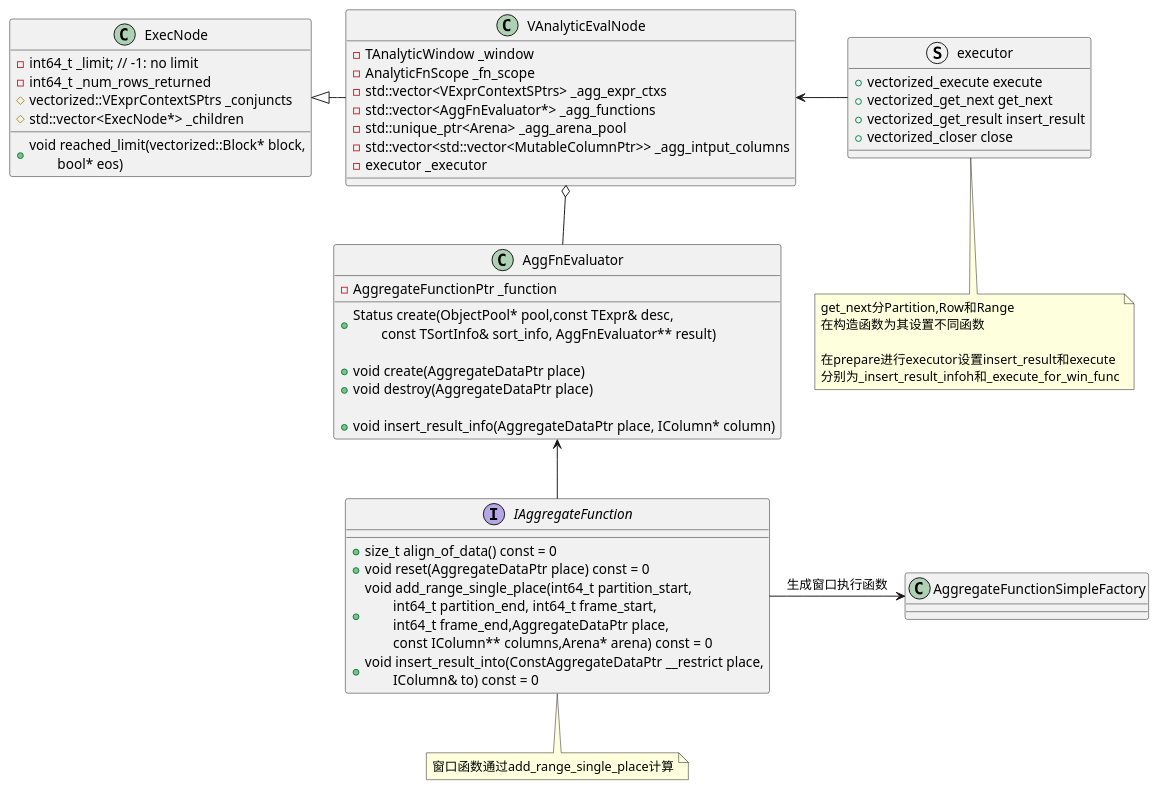
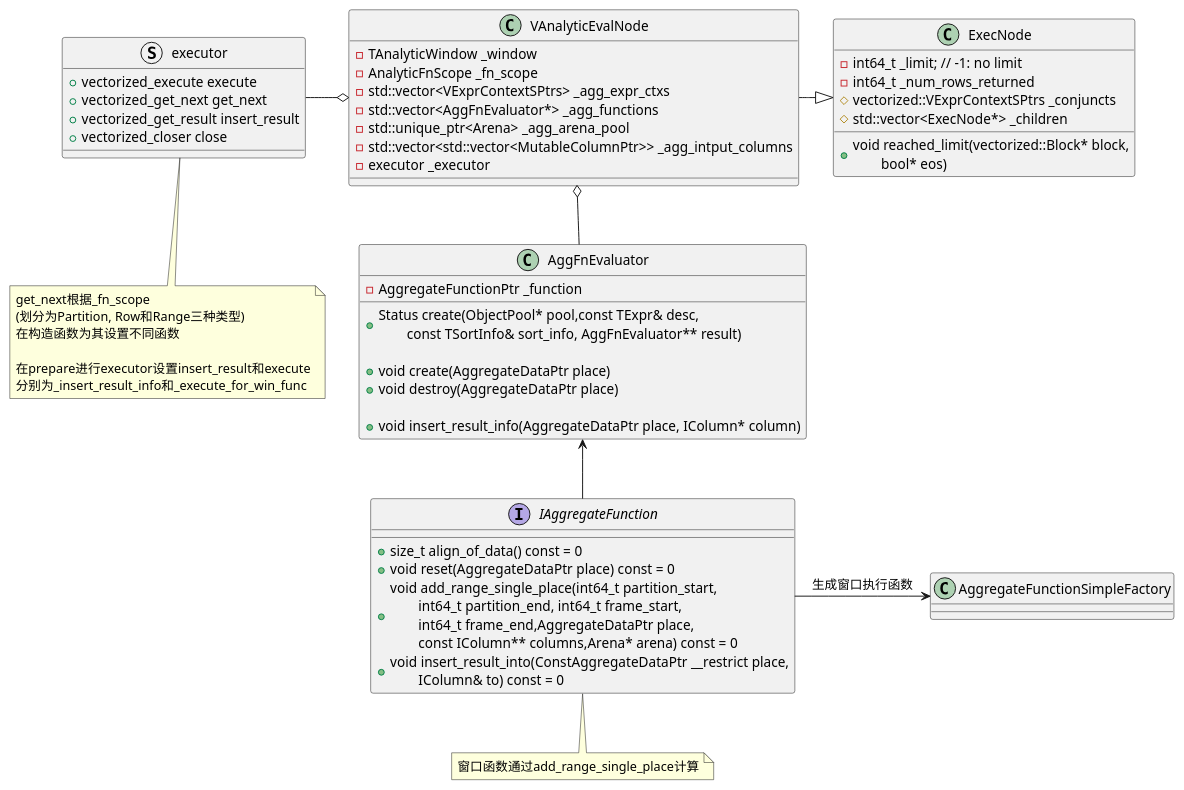
One commit to DepInjoy/geektime changed the second of 8 diagrams in doc/DB/Doris/SourceRead/11_04_Exec_Operator.md. Above: the diagram before and after it, drawn with PlantUML. The commit also changed other lines of this file and 2 other files, not shown here.

````diff
--- a/doc/DB/Doris/SourceRead/11_04_Exec_Operator.md
+++ b/doc/DB/Doris/SourceRead/11_04_Exec_Operator.md
@@ -82,56 +84,56 @@
 ```plantuml
 @startuml
 class VAnalyticEvalNode {
     - TAnalyticWindow _window
     - AnalyticFnScope _fn_scope
     - std::vector<VExprContextSPtrs> _agg_expr_ctxs
     - std::vector<AggFnEvaluator*> _agg_functions
     - std::unique_ptr<Arena> _agg_arena_pool
     - std::vector<std::vector<MutableColumnPtr>> _agg_intput_columns
     - executor _executor
 }
 
 class ExecNode {
     - int64_t _limit; // -1: no limit
     - int64_t _num_rows_returned
     # vectorized::VExprContextSPtrs _conjuncts
     # std::vector<ExecNode*> _children
 
     + void reached_limit(vectorized::Block* block,\n\tbool* eos)
 }
 
 class AggFnEvaluator {
     - AggregateFunctionPtr _function
 
     + Status create(ObjectPool* pool,const TExpr& desc,\n\tconst TSortInfo& sort_info, AggFnEvaluator** result)
 
     + void create(AggregateDataPtr place)
     + void destroy(AggregateDataPtr place)
 
     + void insert_result_info(AggregateDataPtr place, IColumn* column)
 }
 
 struct executor {
     + vectorized_execute execute
     + vectorized_get_next get_next
     + vectorized_get_result insert_result
     + vectorized_closer close
 }
-note bottom:get_next分Partition,Row和Range\n在构造函数为其设置不同函数\n\n在prepare进行executor设置insert_result和execute\n分别为_insert_result_infoh和_execute_for_win_func
+note bottom:get_next根据_fn_scope\n(划分为Partition, Row和Range三种类型)\n在构造函数为其设置不同函数\n\n在prepare进行executor设置insert_result和execute\n分别为_insert_result_info和_execute_for_win_func
 
 interface IAggregateFunction {
     + size_t align_of_data() const = 0
     + void reset(AggregateDataPtr place) const = 0
     + void add_range_single_place(int64_t partition_start,\n\tint64_t partition_end, int64_t frame_start,\n\tint64_t frame_end,AggregateDataPtr place,\n\tconst IColumn** columns,Arena* arena) const = 0
     + void insert_result_into(ConstAggregateDataPtr __restrict place,\n\tIColumn& to) const = 0
 }
 note bottom : 窗口函数通过add_range_single_place计算
 
-VAnalyticEvalNode -left-|> ExecNode
+VAnalyticEvalNode -right-|> ExecNode
 
 AggFnEvaluator -up-o VAnalyticEvalNode
 IAggregateFunction -up-> AggFnEvaluator
 IAggregateFunction -right--> AggregateFunctionSimpleFactory : 生成窗口执行函数
-executor-left--> VAnalyticEvalNode
+executor-right--o VAnalyticEvalNode
 @enduml
 ```
````
